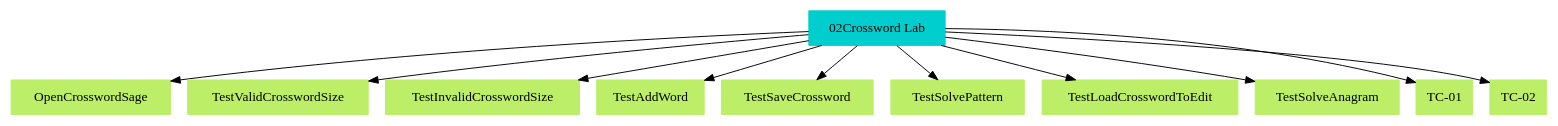
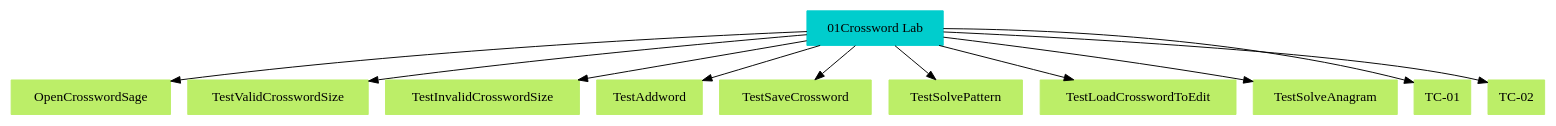
Before and after one commit to mypstom/robotide: the diagram in robotide/KTVgraph/TS2TC.gv, drawn with Graphviz. The commit also changed 23 other files, not shown here.

```diff
--- a/robotide/KTVgraph/TS2TC.gv
+++ b/robotide/KTVgraph/TS2TC.gv
@@ -1,24 +1,24 @@
 // TS <-> TC
 digraph {
-	"02Crossword Lab" [color=cyan3 shape=box style=filled]
+	"01Crossword Lab" [color=cyan3 shape=box style=filled]
 	OpenCrosswordSage [color=darkolivegreen2 shape=box style=filled]
-		"02Crossword Lab" -> OpenCrosswordSage [len=10]
+		"01Crossword Lab" -> OpenCrosswordSage [len=10]
 	TestValidCrosswordSize [color=darkolivegreen2 shape=box style=filled]
-		"02Crossword Lab" -> TestValidCrosswordSize [len=10]
+		"01Crossword Lab" -> TestValidCrosswordSize [len=10]
 	TestInvalidCrosswordSize [color=darkolivegreen2 shape=box style=filled]
-		"02Crossword Lab" -> TestInvalidCrosswordSize [len=10]
-	TestAddWord [color=darkolivegreen2 shape=box style=filled]
-		"02Crossword Lab" -> TestAddWord [len=10]
+		"01Crossword Lab" -> TestInvalidCrosswordSize [len=10]
+	TestAddword [color=darkolivegreen2 shape=box style=filled]
+		"01Crossword Lab" -> TestAddword [len=10]
 	TestSaveCrossword [color=darkolivegreen2 shape=box style=filled]
-		"02Crossword Lab" -> TestSaveCrossword [len=10]
+		"01Crossword Lab" -> TestSaveCrossword [len=10]
 	TestSolvePattern [color=darkolivegreen2 shape=box style=filled]
-		"02Crossword Lab" -> TestSolvePattern [len=10]
+		"01Crossword Lab" -> TestSolvePattern [len=10]
 	TestLoadCrosswordToEdit [color=darkolivegreen2 shape=box style=filled]
-		"02Crossword Lab" -> TestLoadCrosswordToEdit [len=10]
+		"01Crossword Lab" -> TestLoadCrosswordToEdit [len=10]
 	TestSolveAnagram [color=darkolivegreen2 shape=box style=filled]
-		"02Crossword Lab" -> TestSolveAnagram [len=10]
+		"01Crossword Lab" -> TestSolveAnagram [len=10]
 	"TC-01" [color=darkolivegreen2 shape=box style=filled]
-		"02Crossword Lab" -> "TC-01" [len=10]
+		"01Crossword Lab" -> "TC-01" [len=10]
 	"TC-02" [color=darkolivegreen2 shape=box style=filled]
-		"02Crossword Lab" -> "TC-02" [len=10]
+		"01Crossword Lab" -> "TC-02" [len=10]
 }
```
